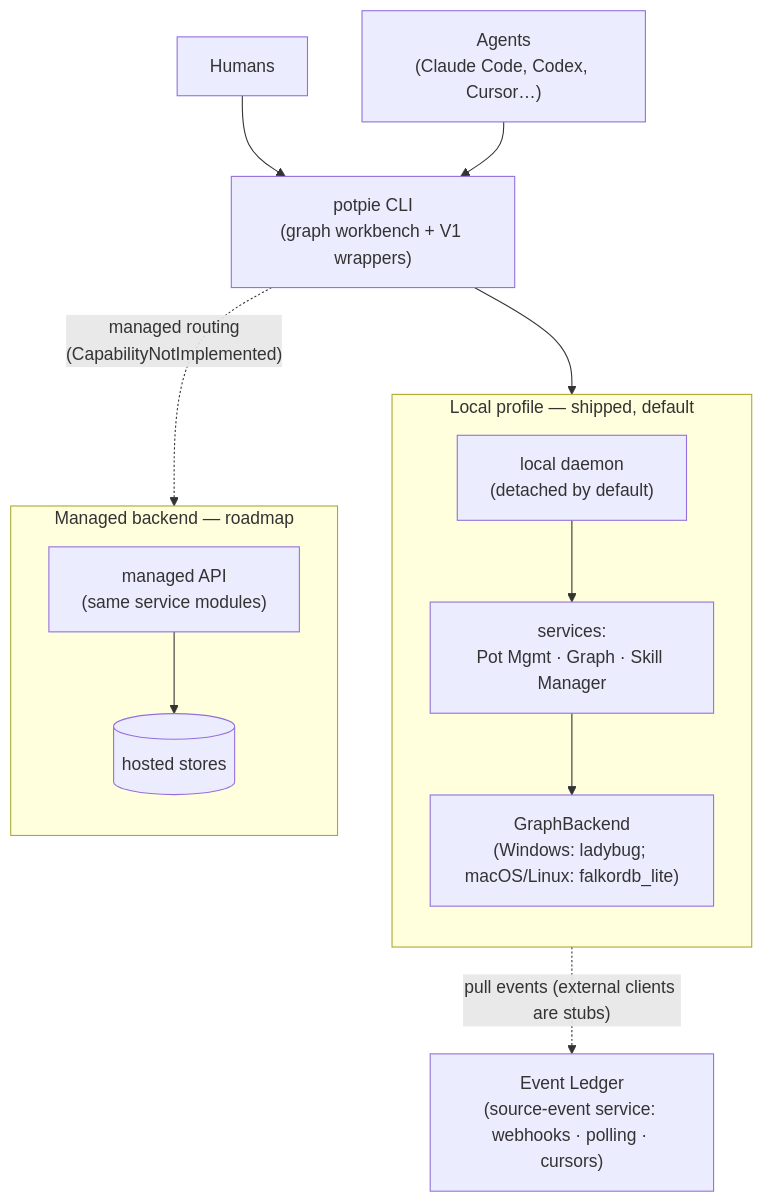
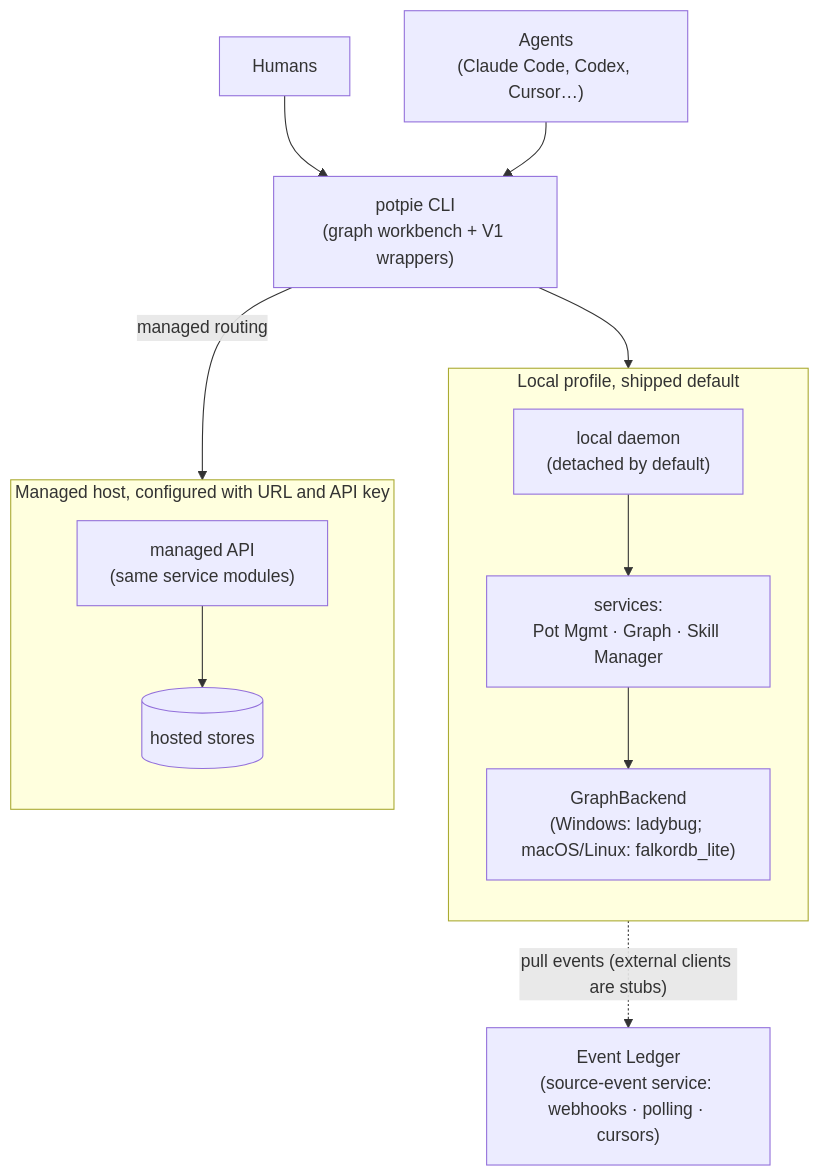
The diagram in docs/context-graph/index.md (potpie-ai/potpie), drawn with Mermaid before and after one commit. The commit also changed other lines of this file and 123 other files, not shown here.

First line of the commit message:
Remove unused sandbox and simplify runtime and graph code (#1105)

````diff
--- a/docs/context-graph/index.md
+++ b/docs/context-graph/index.md
@@ -18,30 +18,30 @@
 ```mermaid
 flowchart TB
   cg_human["Humans"]
   cg_agent["Agents<br/>(Claude Code, Codex, Cursor…)"]
   cg_cli["potpie CLI<br/>(graph workbench + V1 wrappers)"]
 
   cg_human --> cg_cli
   cg_agent --> cg_cli
 
-  subgraph cg_local["Local profile — shipped, default"]
+  subgraph cg_local["Local profile, shipped default"]
     direction TB
     cg_daemon["local daemon<br/>(detached by default)"]
     cg_services["services:<br/>Pot Mgmt · Graph · Skill Manager"]
     cg_backend["GraphBackend<br/>(Windows: ladybug; macOS/Linux: falkordb_lite)"]
     cg_daemon --> cg_services --> cg_backend
   end
 
-  subgraph cg_managed["Managed backend — roadmap"]
+  subgraph cg_managed["Managed host, configured with URL and API key"]
     direction TB
     cg_api["managed API<br/>(same service modules)"]
     cg_hosted[("hosted stores")]
     cg_api --> cg_hosted
   end
 
   cg_ledger["Event Ledger<br/>(source-event service: webhooks · polling · cursors)"]
 
   cg_cli --> cg_daemon
-  cg_cli -. "managed routing<br/>(CapabilityNotImplemented)" .-> cg_api
+  cg_cli -->|"managed routing"| cg_api
   cg_services -. "pull events (external clients are stubs)" .-> cg_ledger
 ```
````
